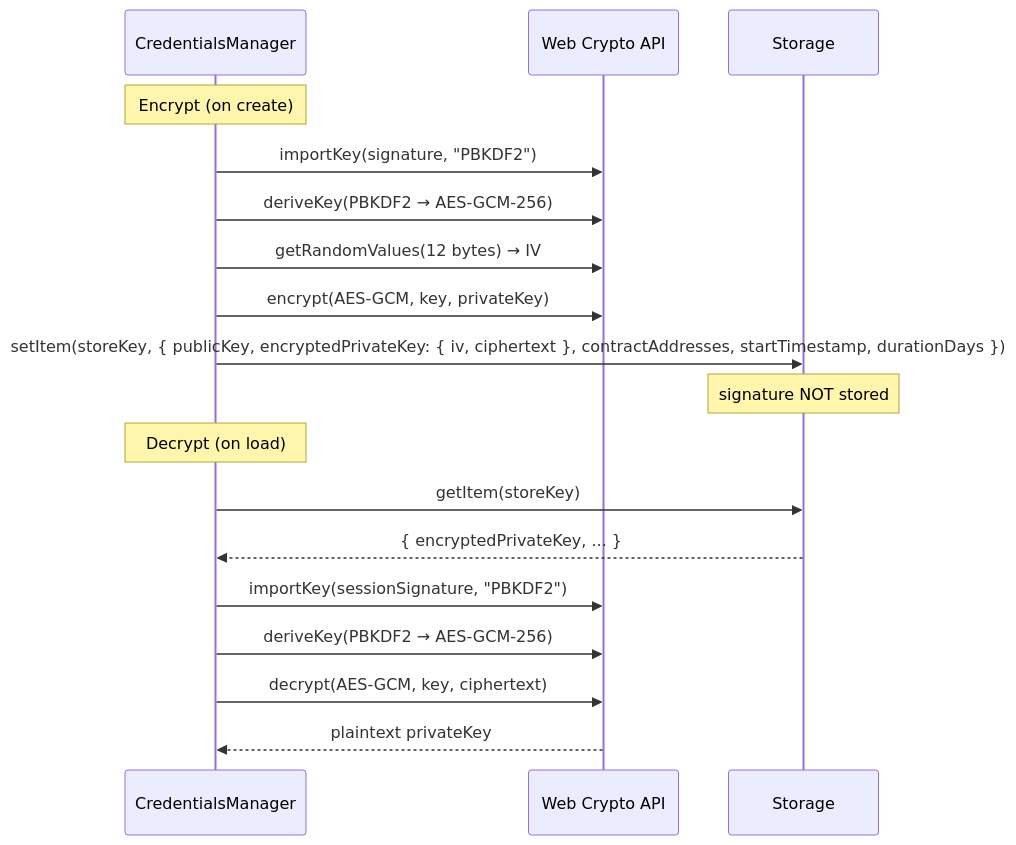
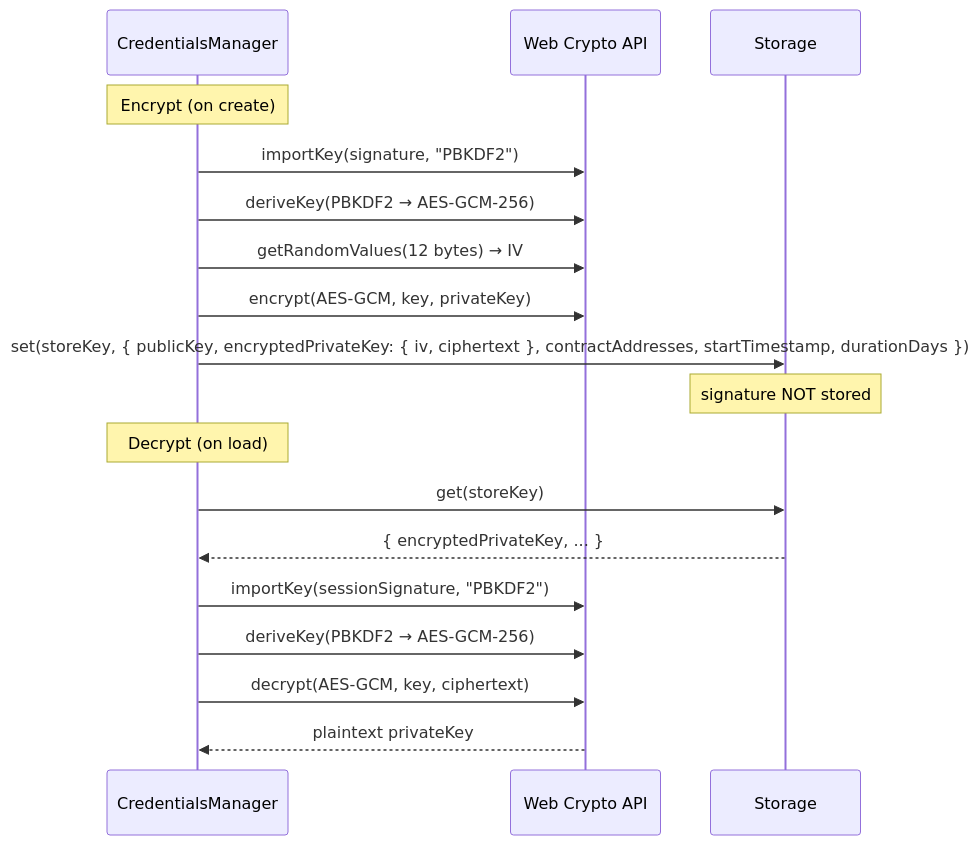
The third of 16 diagrams in docs/encryption-architecture.md (zama-ai/sdk), drawn with Mermaid before and after one commit. The commit also changed other lines of this file and 9 other files, not shown here.

````diff
--- a/docs/encryption-architecture.md
+++ b/docs/encryption-architecture.md
@@ -60,22 +60,22 @@
 ```mermaid
 sequenceDiagram
     participant CM as CredentialsManager
     participant Crypto as Web Crypto API
     participant Store as Storage
 
     Note over CM: Encrypt (on create)
     CM->>Crypto: importKey(signature, "PBKDF2")
     CM->>Crypto: deriveKey(PBKDF2 → AES-GCM-256)
     CM->>Crypto: getRandomValues(12 bytes) → IV
     CM->>Crypto: encrypt(AES-GCM, key, privateKey)
-    CM->>Store: setItem(storeKey, { publicKey, encryptedPrivateKey: { iv, ciphertext }, contractAddresses, startTimestamp, durationDays })
+    CM->>Store: set(storeKey, { publicKey, encryptedPrivateKey: { iv, ciphertext }, contractAddresses, startTimestamp, durationDays })
     Note over Store: signature NOT stored
 
     Note over CM: Decrypt (on load)
-    CM->>Store: getItem(storeKey)
+    CM->>Store: get(storeKey)
     Store-->>CM: { encryptedPrivateKey, ... }
     CM->>Crypto: importKey(sessionSignature, "PBKDF2")
     CM->>Crypto: deriveKey(PBKDF2 → AES-GCM-256)
     CM->>Crypto: decrypt(AES-GCM, key, ciphertext)
     Crypto-->>CM: plaintext privateKey
 ```
````
